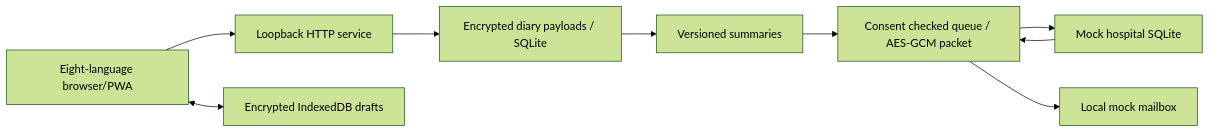
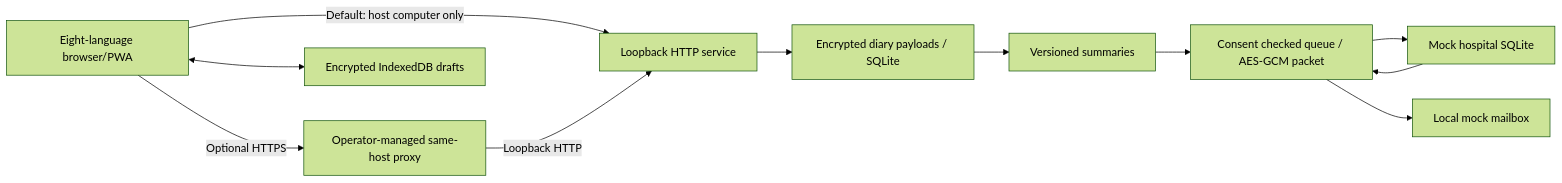
Before and after one commit to Alias1027/Multi-language-Headache-Diary: the diagram in docs/ARCHITECTURE.md, drawn with Mermaid (forest theme). The commit also changed other lines of this file and 69 other files, not shown here.

````diff
--- a/docs/ARCHITECTURE.md
+++ b/docs/ARCHITECTURE.md
@@ -12,11 +12,13 @@
 ```mermaid
 flowchart LR
-  P[Eight-language browser/PWA] --> A[Loopback HTTP service]
+  P[Eight-language browser/PWA] -->|Default: host computer only| A[Loopback HTTP service]
+  P -->|Optional HTTPS| X[Operator-managed same-host proxy]
+  X -->|Loopback HTTP| A
   P <--> O[Encrypted IndexedDB drafts]
   A --> D[Encrypted diary payloads / SQLite]
   D --> R[Versioned summaries]
   R --> Q[Consent checked queue / AES-GCM packet]
   Q --> H[Mock hospital SQLite]
   H --> Q
   Q --> M[Local mock mailbox]
 ```
````
